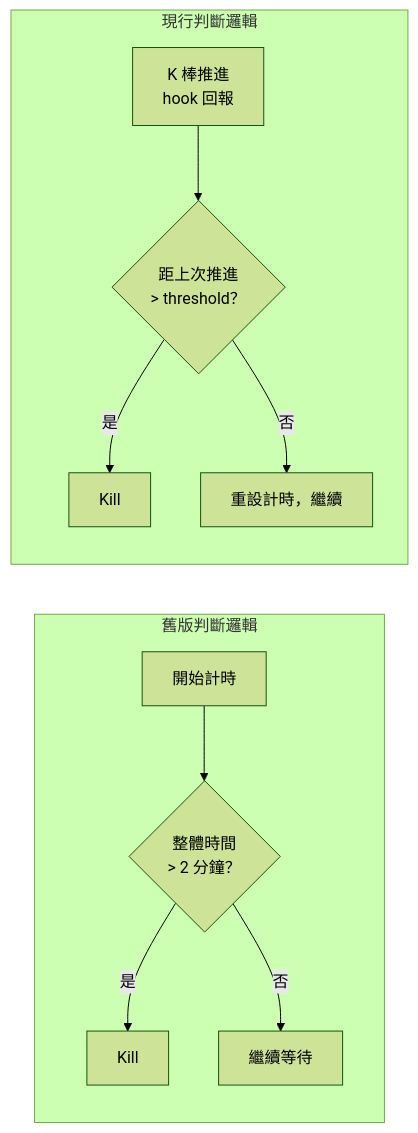
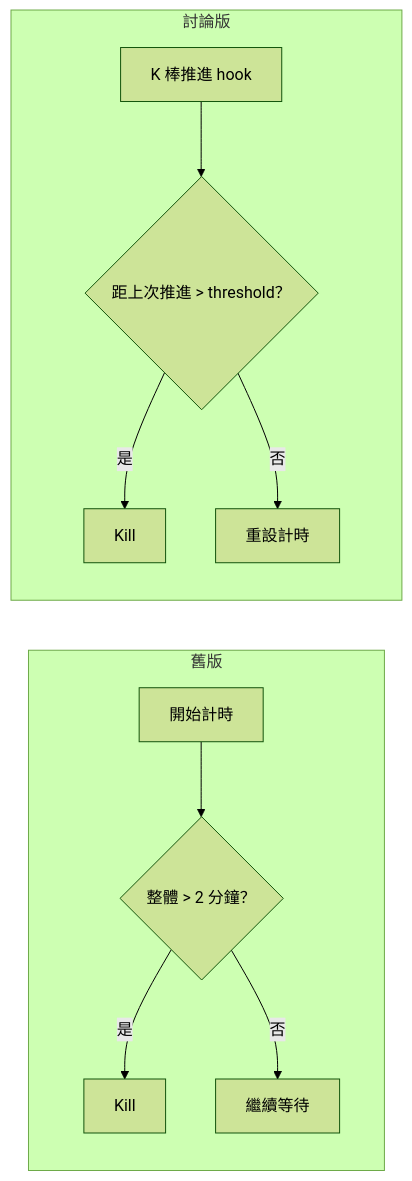
Before and after one commit to robertchen-113001/XQ-BackTesting: the second of 2 diagrams in docs/設計調整對照說明.md, drawn with Mermaid (forest theme). The commit also changed other lines of this file, not shown here.

Commit message:
docs: 重整對照說明為會議討論格式，修正 Mermaid \n 相容性問題

````diff
--- a/docs/設計調整對照說明.md
+++ b/docs/設計調整對照說明.md
@@ -126,13 +53,13 @@
 ```mermaid
 flowchart LR
-    subgraph 舊版判斷邏輯
-        T1[開始計時] --> T2{整體時間\n> 2 分鐘？}
+    subgraph 舊版
+        T1[開始計時] --> T2{整體 > 2 分鐘？}
         T2 -->|是| T3[Kill]
         T2 -->|否| T4[繼續等待]
     end
-    subgraph 現行判斷邏輯
-        W1[K 棒推進\nhook 回報] --> W2{距上次推進\n> threshold？}
+    subgraph 討論版
+        W1[K 棒推進 hook] --> W2{距上次推進 > threshold？}
         W2 -->|是| W3[Kill]
-        W2 -->|否| W4[重設計時，繼續]
+        W2 -->|否| W4[重設計時]
     end
 ```
````
